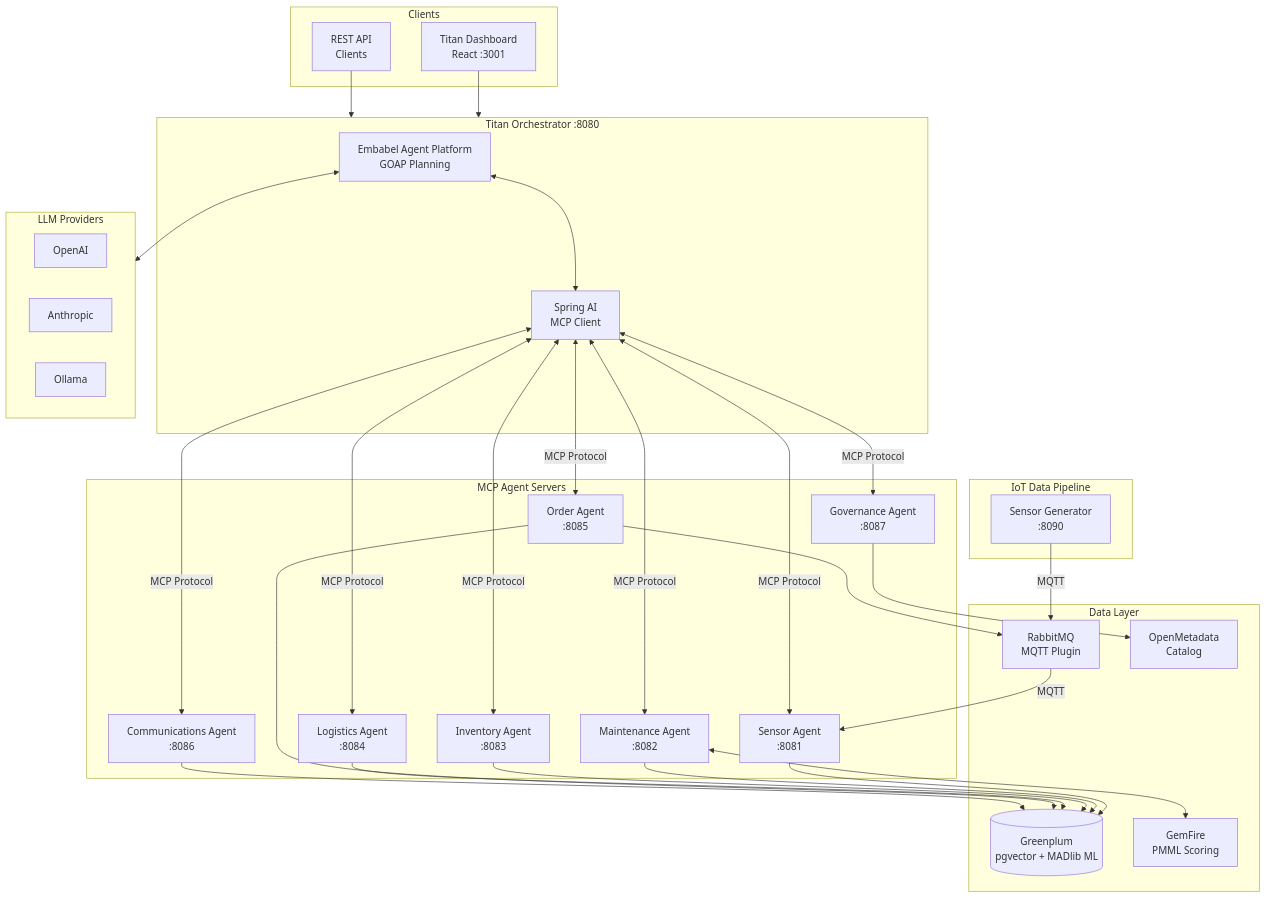
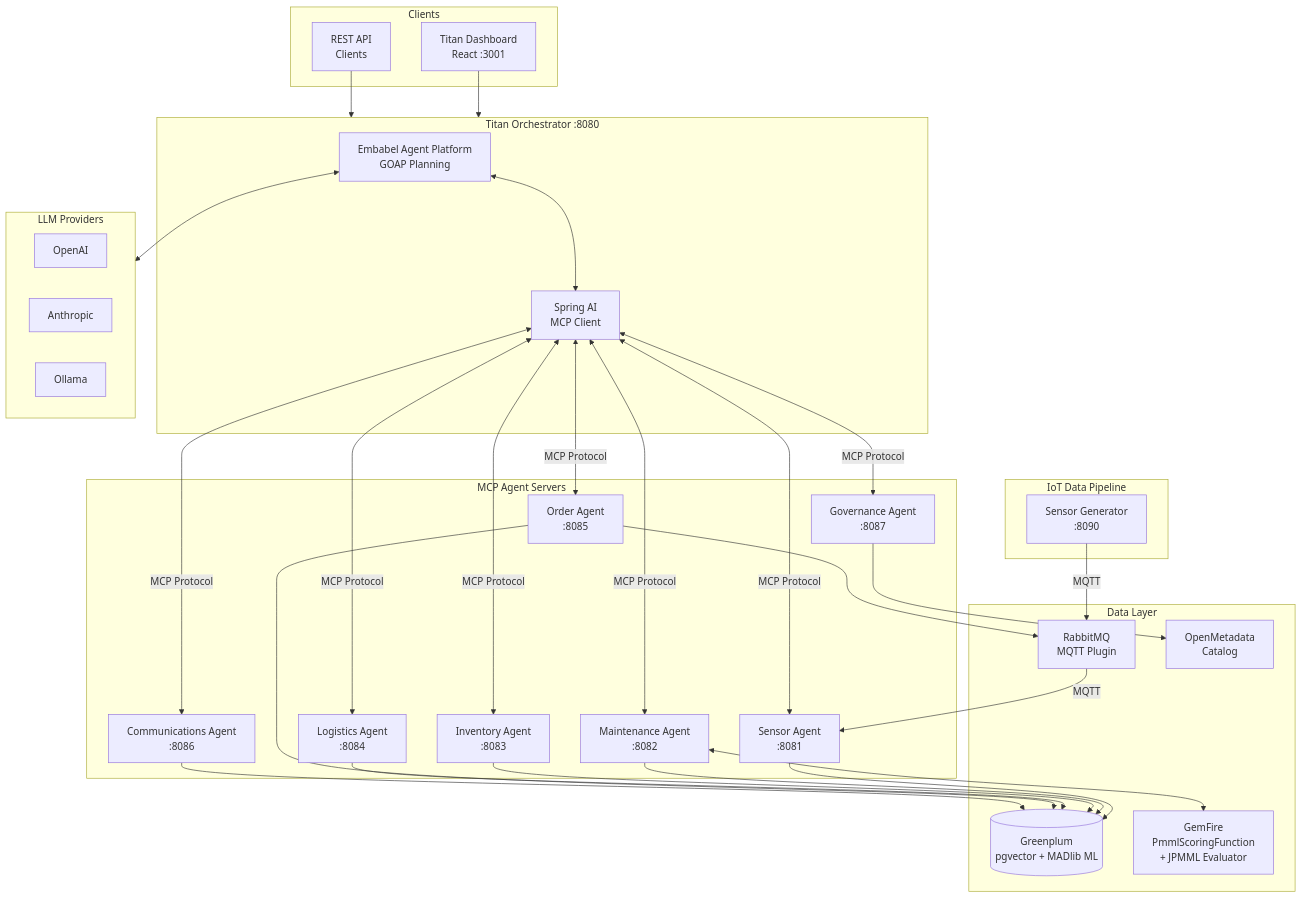
Before and after one commit to dbbaskette/titan-manufacturing: the first of 2 diagrams in README.md, drawn with Mermaid. The commit also changed other lines of this file and 41 other files, not shown here.

First line of the commit message:
Add GemFire server-side PMML scoring, order tracking, anomaly orchestration

````diff
--- a/README.md
+++ b/README.md
@@ -66,64 +66,64 @@
 ```mermaid
 flowchart TB
     subgraph Clients
         UI[Titan Dashboard<br/>React :3001]
         API[REST API<br/>Clients]
     end
 
     subgraph Orchestrator["Titan Orchestrator :8080"]
         EMB[Embabel Agent Platform<br/>GOAP Planning]
         MCP_C[Spring AI<br/>MCP Client]
     end
 
     subgraph MCP_Agents["MCP Agent Servers"]
         SENS[Sensor Agent<br/>:8081]
         MAINT[Maintenance Agent<br/>:8082]
         INV[Inventory Agent<br/>:8083]
         LOG[Logistics Agent<br/>:8084]
         ORD[Order Agent<br/>:8085]
         COMM[Communications Agent<br/>:8086]
         GOV[Governance Agent<br/>:8087]
     end
 
     subgraph IoT["IoT Data Pipeline"]
         GEN[Sensor Generator<br/>:8090]
     end
 
     subgraph Data["Data Layer"]
         GP[(Greenplum<br/>pgvector + MADlib ML)]
         RMQ[RabbitMQ<br/>MQTT Plugin]
-        GF[GemFire<br/>PMML Scoring]
+        GF[GemFire<br/>PmmlScoringFunction<br/>+ JPMML Evaluator]
         OM[OpenMetadata<br/>Catalog]
     end
 
     subgraph LLM["LLM Providers"]
         OAI[OpenAI]
         ANT[Anthropic]
         OLL[Ollama]
     end
 
     UI --> Orchestrator
     API --> Orchestrator
     EMB <--> MCP_C
     MCP_C <-->|MCP Protocol| SENS
     MCP_C <-->|MCP Protocol| MAINT
     MCP_C <-->|MCP Protocol| INV
     MCP_C <-->|MCP Protocol| LOG
     MCP_C <-->|MCP Protocol| ORD
     MCP_C <-->|MCP Protocol| COMM
     MCP_C <-->|MCP Protocol| GOV
 
     GEN -->|MQTT| RMQ
     RMQ -->|MQTT| SENS
     SENS --> GP
     MAINT --> GP
     MAINT <--> GF
     INV --> GP
     LOG --> GP
     ORD --> GP
     ORD --> RMQ
     COMM --> GP
     GOV --> OM
 
     EMB <--> LLM
 ```
````
